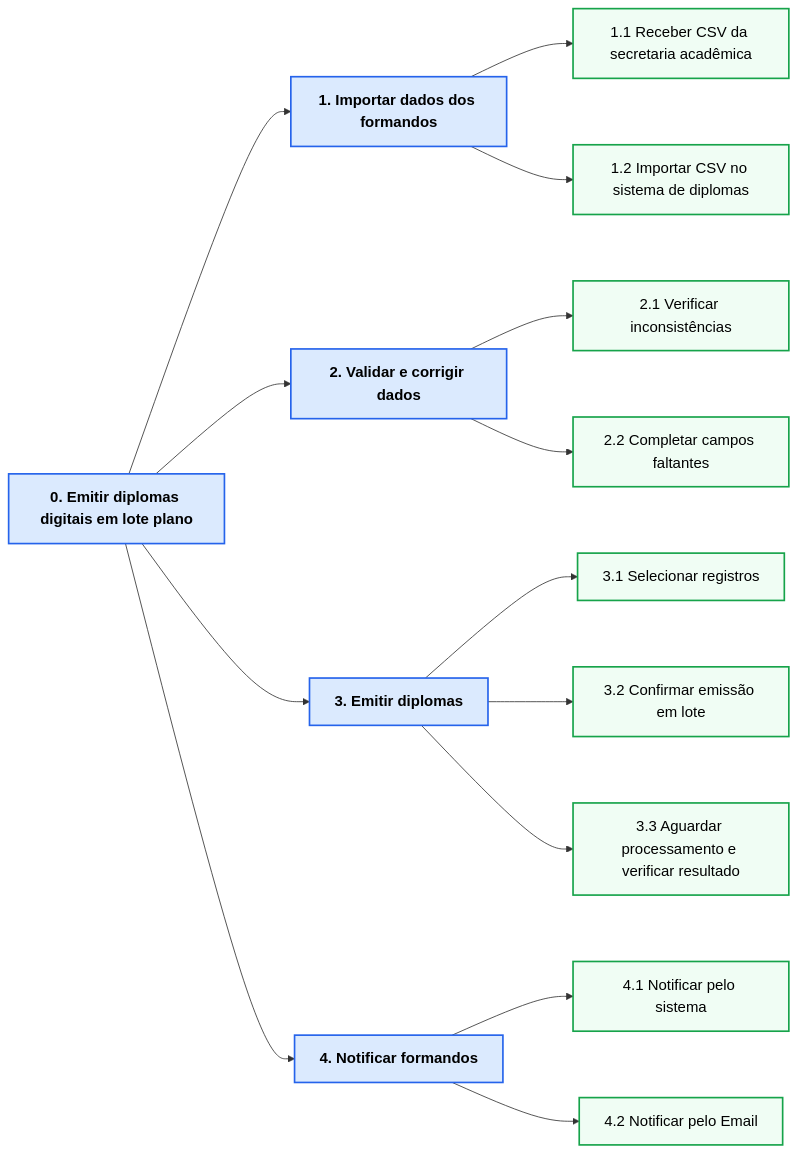
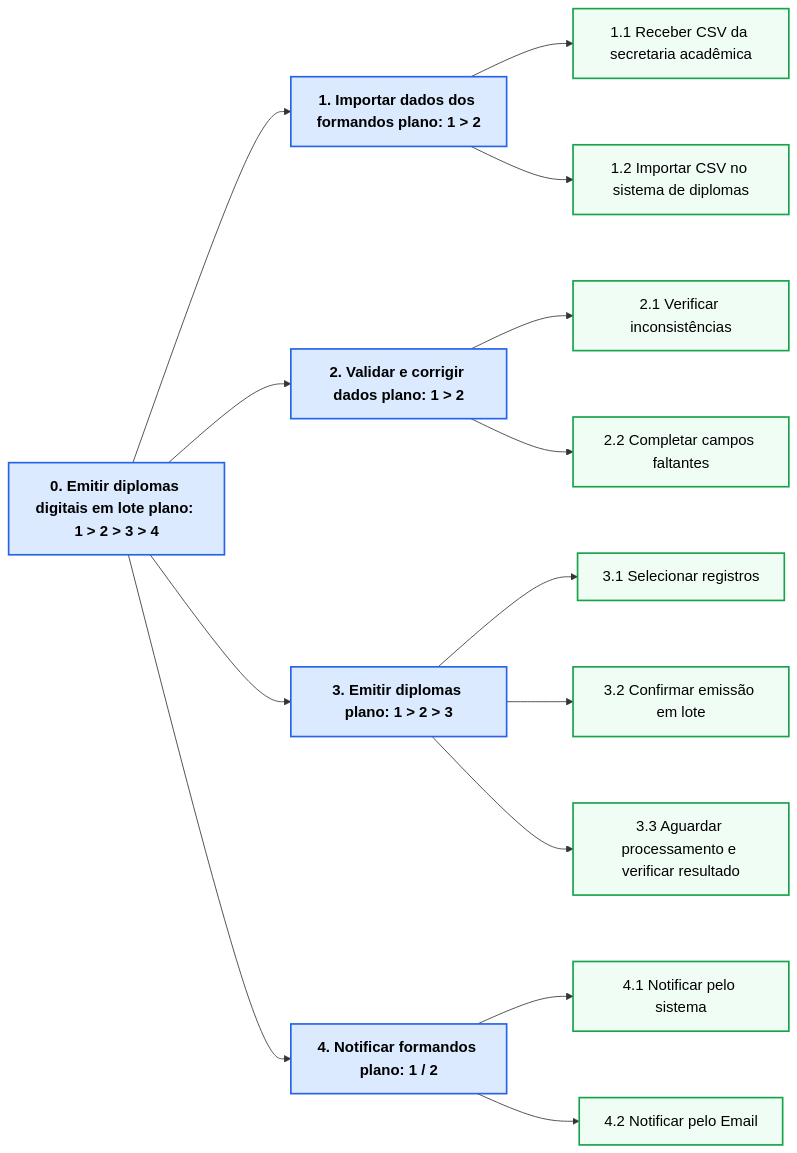
Before and after one commit to nullifidianz/ihc-fei: the first of 4 diagrams in docs/5_analise_tarefas.md, drawn with Mermaid. The commit also changed other lines of this file, not shown here.

````diff
--- a/docs/5_analise_tarefas.md
+++ b/docs/5_analise_tarefas.md
@@ -13,29 +13,29 @@
 ```mermaid
 %%{init: {'flowchart': {'nodeSpacing': 80, 'rankSpacing': 80}, 'themeVariables': {'fontSize': '18px'}}}%%
 flowchart LR
     classDef objetivo fill:#dbeafe,stroke:#2563eb,stroke-width:2px,font-weight:bold,color:#000000
     classDef operacao fill:#f0fdf4,stroke:#16a34a,stroke-width:2px,color:#000000
 
-    G0["0. Emitir diplomas digitais em lote plano"]:::objetivo
+    G0["0. Emitir diplomas digitais em lote plano: 1 > 2 > 3 > 4"]:::objetivo
 
-    G1["1. Importar dados dos formandos"]:::objetivo
-    G2["2. Validar e corrigir dados"]:::objetivo
-    G3["3. Emitir diplomas"]:::objetivo
-    G4["4. Notificar formandos"]:::objetivo
+    G1["1. Importar dados dos formandos plano: 1 > 2"]:::objetivo
+    G2["2. Validar e corrigir dados plano: 1 > 2"]:::objetivo
+    G3["3. Emitir diplomas plano: 1 > 2 > 3"]:::objetivo
+    G4["4. Notificar formandos plano: 1 / 2"]:::objetivo
 
     G11["1.1 Receber CSV da secretaria acadêmica"]:::operacao
     G12["1.2 Importar CSV no sistema de diplomas"]:::operacao
     G21["2.1 Verificar inconsistências"]:::operacao
     G22["2.2 Completar campos faltantes"]:::operacao
     G31["3.1 Selecionar registros"]:::operacao
     G32["3.2 Confirmar emissão em lote"]:::operacao
     G33["3.3 Aguardar processamento e verificar resultado"]:::operacao
     G41["4.1 Notificar pelo sistema"]:::operacao
     G42["4.2 Notificar pelo Email"]:::operacao
 
     G0 --> G1 & G2 & G3 & G4
     G1 --> G11 & G12
     G2 --> G21 & G22
     G3 --> G31 & G32 & G33
     G4 --> G41 & G42
 ```
````
